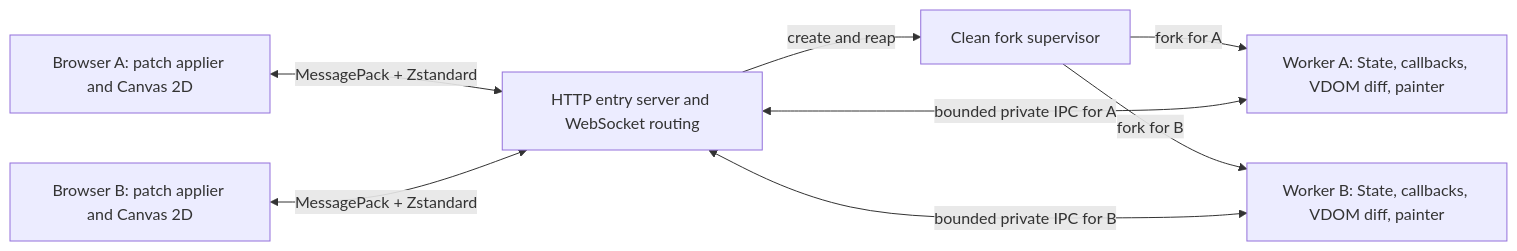
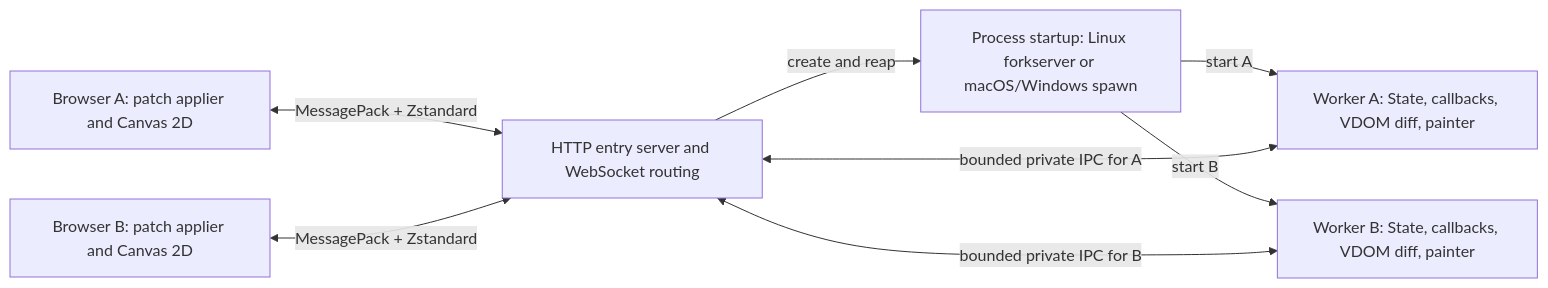
Before and after one commit to buganini/PUI: the diagram in doc/web-progress.md, drawn with Mermaid. The commit also changed other lines of this file and 11 other files, not shown here.

Commit message:
Enable Web session workers on macOS and Windows

````diff
--- a/doc/web-progress.md
+++ b/doc/web-progress.md
@@ -32,16 +32,16 @@
 ```mermaid
 flowchart LR
     A[Browser A: patch applier and Canvas 2D]
     B[Browser B: patch applier and Canvas 2D]
     H[HTTP entry server and WebSocket routing]
-    F[Clean fork supervisor]
+    F[Process startup: Linux forkserver or macOS/Windows spawn]
     W1[Worker A: State, callbacks, VDOM diff, painter]
     W2[Worker B: State, callbacks, VDOM diff, painter]
     A <-->|MessagePack + Zstandard| H
     B <-->|MessagePack + Zstandard| H
     H -->|create and reap| F
-    F -->|fork for A| W1
-    F -->|fork for B| W2
+    F -->|start A| W1
+    F -->|start B| W2
     H <-->|bounded private IPC for A| W1
     H <-->|bounded private IPC for B| W2
 ```
````
